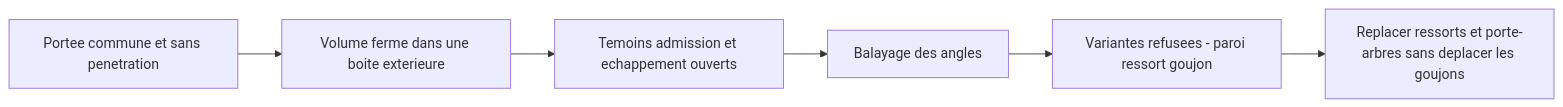
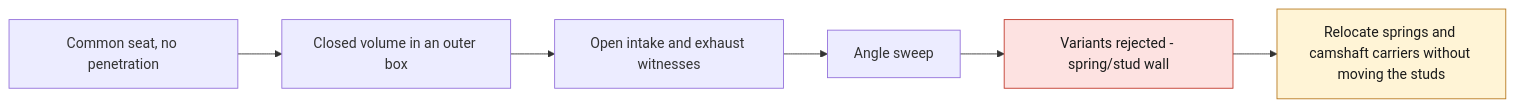
One commit to cluster2600/porscheparts changed the diagram in docs/reports/M64_G3_SEAT_CONTACT_20260925.md. Above: the diagram before and after it, drawn with Mermaid. The commit also changed other lines of this file and 228 other files, not shown here.

````diff
--- a/docs/reports/M64_G3_SEAT_CONTACT_20260925.md
+++ b/docs/reports/M64_G3_SEAT_CONTACT_20260925.md
@@ -79,8 +79,12 @@
 ```mermaid
 flowchart LR
-    A[Portee commune et sans penetration] --> B[Volume ferme dans une boite exterieure]
-    B --> C[Temoins admission et echappement ouverts]
-    C --> D[Balayage des angles]
-    D --> E[Variantes refusees - paroi ressort goujon]
-    E --> F[Replacer ressorts et porte-arbres sans deplacer les goujons]
+    A[Common seat, no penetration] --> B[Closed volume in an outer box]
+    B --> C[Open intake and exhaust witnesses]
+    C --> D[Angle sweep]
+    D --> E[Variants rejected - spring/stud wall]
+    E --> F[Relocate springs and camshaft carriers without moving the studs]
+    classDef stop fill:#fde2e1,stroke:#c0392b,color:#1a1a1a;
+    classDef open fill:#fff4d6,stroke:#b7791f,color:#1a1a1a;
+    class E stop
+    class F open
 ```
````
